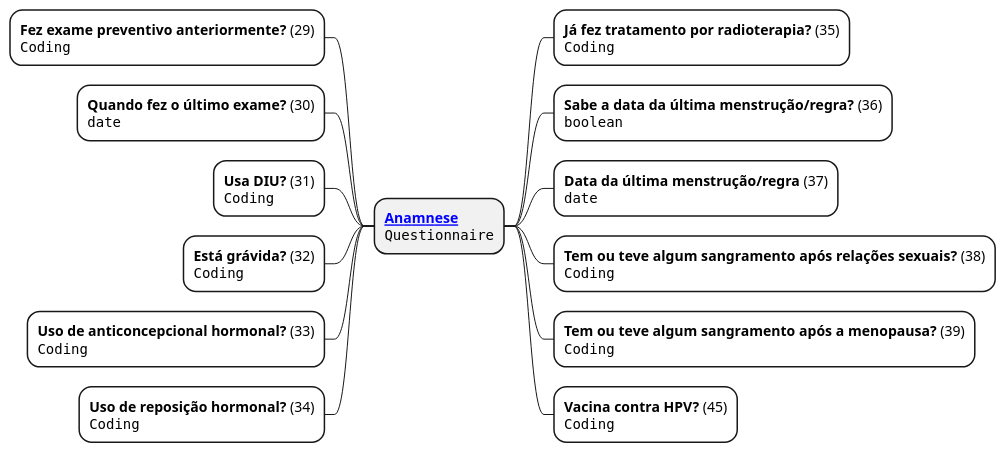
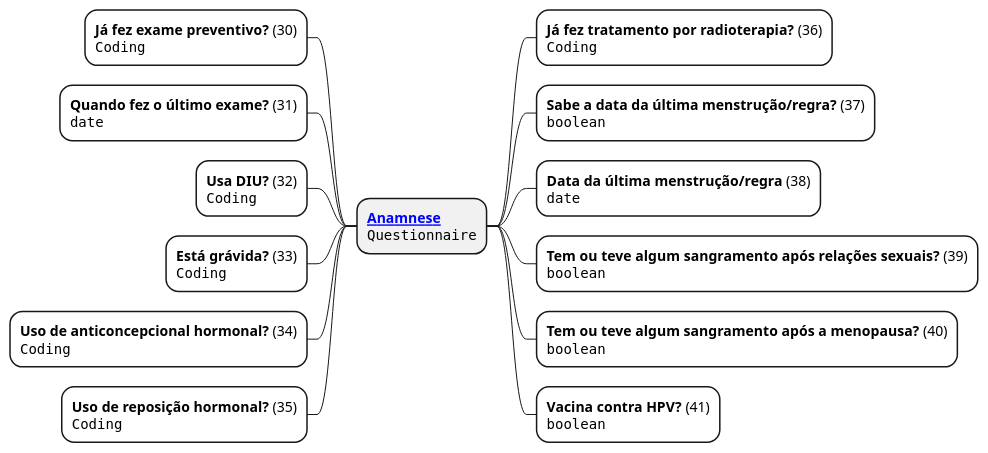
Before and after one commit to kyriosdata/farol: the diagram in input/images-source/anamnese.plantuml, drawn with PlantUML. The commit also changed 2 other files, not shown here.

```diff
--- a/input/images-source/anamnese.plantuml
+++ b/input/images-source/anamnese.plantuml
@@ -1,17 +1,17 @@
 @startmindmap anamnese
 
 + **[[StructureDefinition-anamnese-questionario.html Anamnese]]**\n""Questionnaire""
---[#White] **Fez exame preventivo anteriormente?** (29)\n""Coding""
---[#White] **Quando fez o último exame?** (30)\n""date""
---[#White] **Usa DIU?** (31)\n""Coding""
---[#White] **Está grávida?** (32)\n""Coding""
---[#White] **Uso de anticoncepcional hormonal?** (33)\n""Coding""
---[#White] **Uso de reposição hormonal?** (34)\n""Coding""
-++[#White] **Já fez tratamento por radioterapia?** (35)\n""Coding""
-++[#White] **Sabe a data da última menstrução/regra?** (36)\n""boolean""
-++[#White] **Data da última menstrução/regra** (37)\n""date""
-++[#White] **Tem ou teve algum sangramento após relações sexuais?** (38)\n""Coding""
-++[#White] **Tem ou teve algum sangramento após a menopausa?** (39)\n""Coding""
-++[#White] **Vacina contra HPV?** (45)\n""Coding""
+--[#White] **Já fez exame preventivo?** (30)\n""Coding""
+--[#White] **Quando fez o último exame?** (31)\n""date""
+--[#White] **Usa DIU?** (32)\n""Coding""
+--[#White] **Está grávida?** (33)\n""Coding""
+--[#White] **Uso de anticoncepcional hormonal?** (34)\n""Coding""
+--[#White] **Uso de reposição hormonal?** (35)\n""Coding""
+++[#White] **Já fez tratamento por radioterapia?** (36)\n""Coding""
+++[#White] **Sabe a data da última menstrução/regra?** (37)\n""boolean""
+++[#White] **Data da última menstrução/regra** (38)\n""date""
+++[#White] **Tem ou teve algum sangramento após relações sexuais?** (39)\n""boolean""
+++[#White] **Tem ou teve algum sangramento após a menopausa?** (40)\n""boolean""
+++[#White] **Vacina contra HPV?** (41)\n""boolean""
 
 @enduml
```
